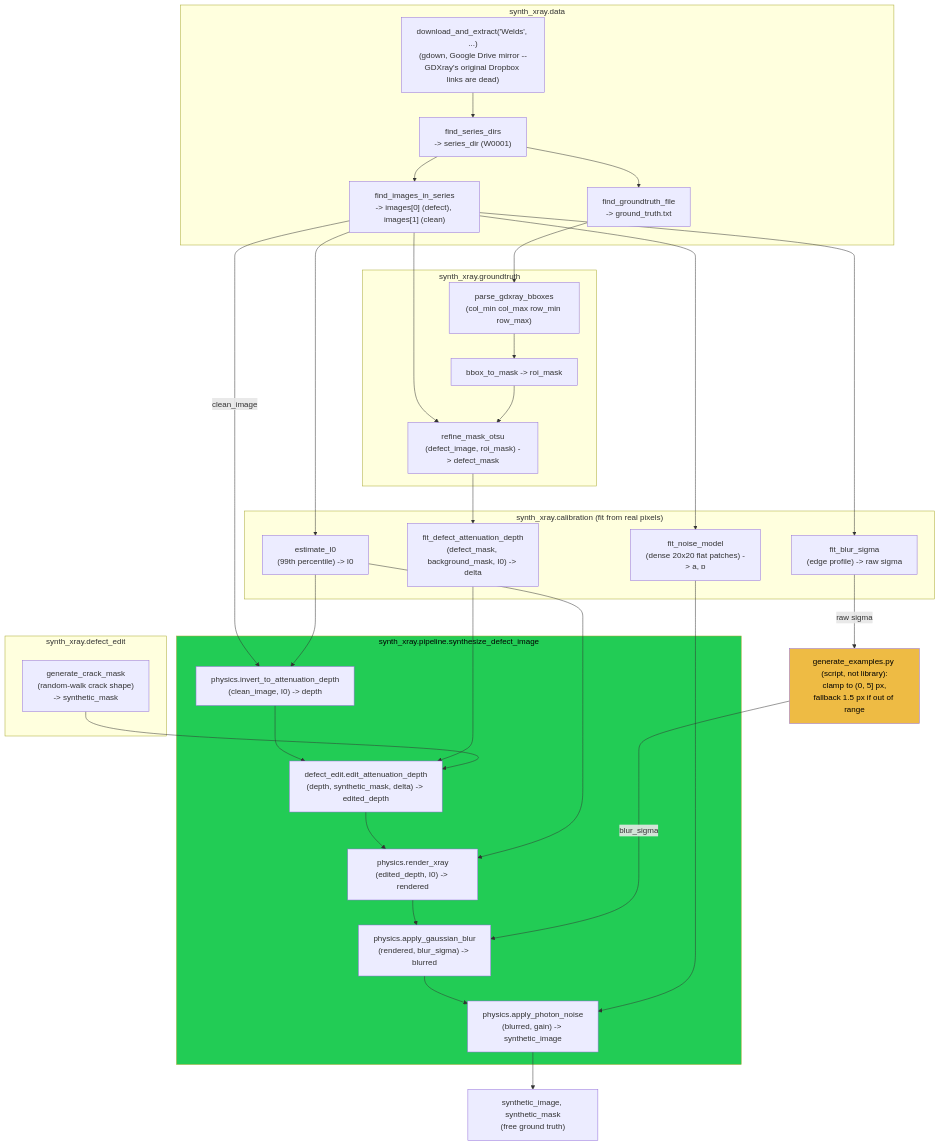
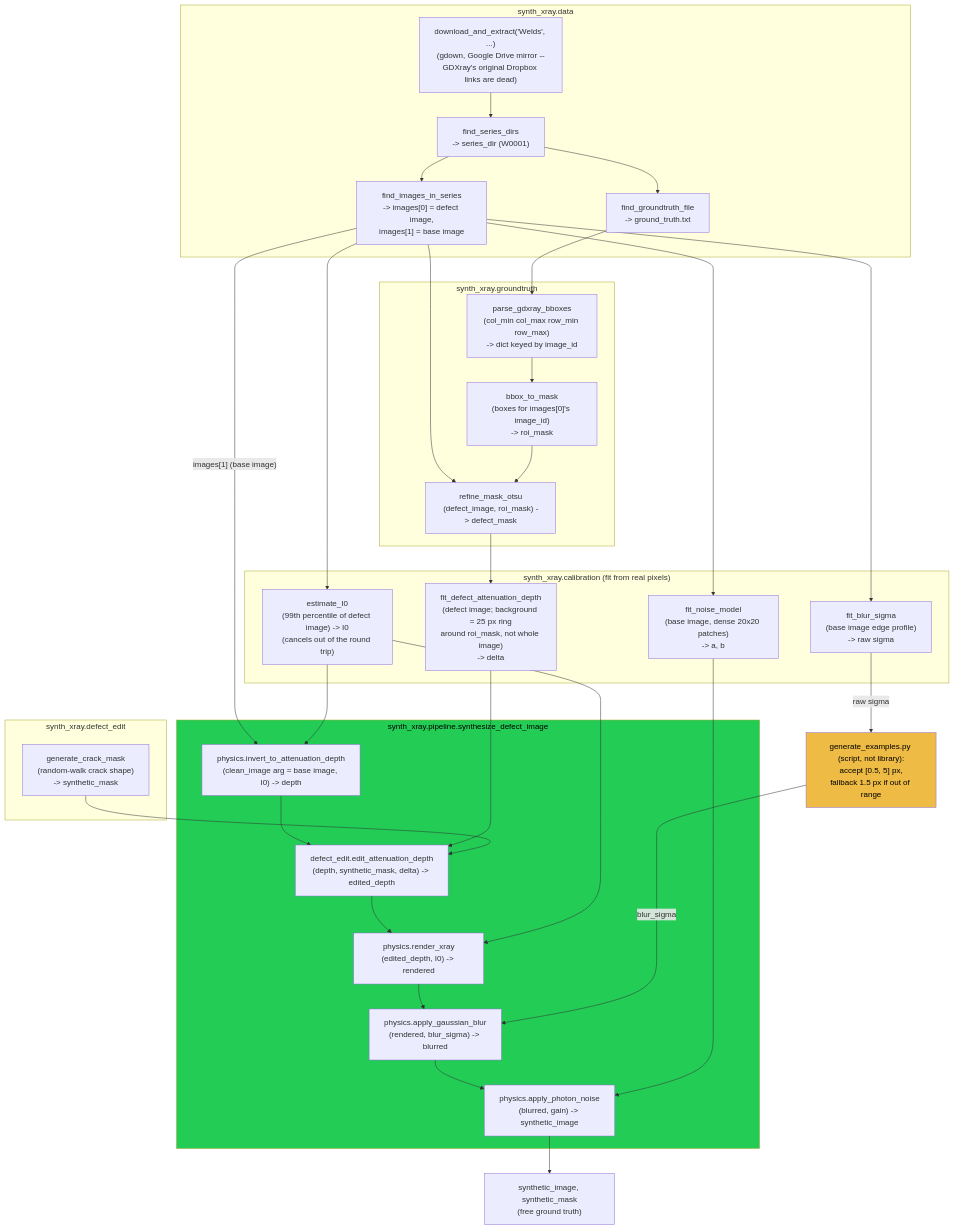
The diagram in posts/series/synthetic-data/01-physics-based-xray-simulation.qmd (HasanGoni/quarto_blog_hasan), drawn with Mermaid before and after one commit. The commit also changed other lines of this file and 3 other files, not shown here.

````diff
--- a/posts/series/synthetic-data/01-physics-based-xray-simulation.qmd
+++ b/posts/series/synthetic-data/01-physics-based-xray-simulation.qmd
@@ -114,50 +116,50 @@
 ```{mermaid}
 flowchart TB
     subgraph DATA["synth_xray.data"]
         DL["download_and_extract('Welds', ...)\n(gdown, Google Drive mirror --\nGDXray's original Dropbox links are dead)"]
         DL --> SD["find_series_dirs\n-> series_dir (W0001)"]
         SD --> GT["find_groundtruth_file\n-> ground_truth.txt"]
-        SD --> IMGS["find_images_in_series\n-> images[0] (defect), images[1] (clean)"]
+        SD --> IMGS["find_images_in_series\n-> images[0] = defect image,\nimages[1] = base image"]
     end
 
     subgraph GROUNDTRUTH["synth_xray.groundtruth"]
-        GT --> PB["parse_gdxray_bboxes\n(col_min col_max row_min row_max)"]
-        PB --> BM["bbox_to_mask -> roi_mask"]
+        GT --> PB["parse_gdxray_bboxes\n(col_min col_max row_min row_max)\n-> dict keyed by image_id"]
+        PB --> BM["bbox_to_mask\n(boxes for images[0]'s image_id)\n-> roi_mask"]
         IMGS --> RO["refine_mask_otsu\n(defect_image, roi_mask) -> defect_mask"]
         BM --> RO
     end
 
     subgraph CALIBRATION["synth_xray.calibration (fit from real pixels)"]
-        IMGS --> I0["estimate_I0\n(99th percentile) -> I0"]
-        RO --> DELTA["fit_defect_attenuation_depth\n(defect_mask, background_mask, I0) -> delta"]
-        IMGS --> NOISE["fit_noise_model\n(dense 20x20 flat patches) -> a, b"]
-        IMGS --> BLUR["fit_blur_sigma\n(edge profile) -> raw sigma"]
+        IMGS --> I0["estimate_I0\n(99th percentile of defect image) -> I0\n(cancels out of the round trip)"]
+        RO --> DELTA["fit_defect_attenuation_depth\n(defect image; background = 25 px ring\naround roi_mask, not whole image)\n-> delta"]
+        IMGS --> NOISE["fit_noise_model\n(base image, dense 20x20 patches)\n-> a, b"]
+        IMGS --> BLUR["fit_blur_sigma\n(base image edge profile)\n-> raw sigma"]
     end
 
-    BLUR -->|"raw sigma"| CLAMP["generate_examples.py (script, not library):\nclamp to (0, 5] px,\nfallback 1.5 px if out of range"]
+    BLUR -->|"raw sigma"| CLAMP["generate_examples.py (script, not library):\naccept [0.5, 5] px,\nfallback 1.5 px if out of range"]
 
     subgraph EDIT["synth_xray.defect_edit"]
         CRACK["generate_crack_mask\n(random-walk crack shape)\n-> synthetic_mask"]
     end
 
     subgraph PIPELINE["synth_xray.pipeline.synthesize_defect_image"]
-        INV["physics.invert_to_attenuation_depth\n(clean_image, I0) -> depth"]
+        INV["physics.invert_to_attenuation_depth\n(clean_image arg = base image, I0) -> depth"]
         EDITD["defect_edit.edit_attenuation_depth\n(depth, synthetic_mask, delta) -> edited_depth"]
         REND["physics.render_xray\n(edited_depth, I0) -> rendered"]
         BLURF["physics.apply_gaussian_blur\n(rendered, blur_sigma) -> blurred"]
         NOISEF["physics.apply_photon_noise\n(blurred, gain) -> synthetic_image"]
         INV --> EDITD --> REND --> BLURF --> NOISEF
     end
 
-    IMGS -->|clean_image| INV
+    IMGS -->|"images[1] (base image)"| INV
     I0 --> INV
     I0 --> REND
     DELTA --> EDITD
     CRACK --> EDITD
     NOISE --> NOISEF
     CLAMP -->|blur_sigma| BLURF
     NOISEF --> OUT["synthetic_image, synthetic_mask\n(free ground truth)"]
 
     style PIPELINE fill:#2c5,color:#000
     style CLAMP fill:#eb4,color:#000
 ```
````
